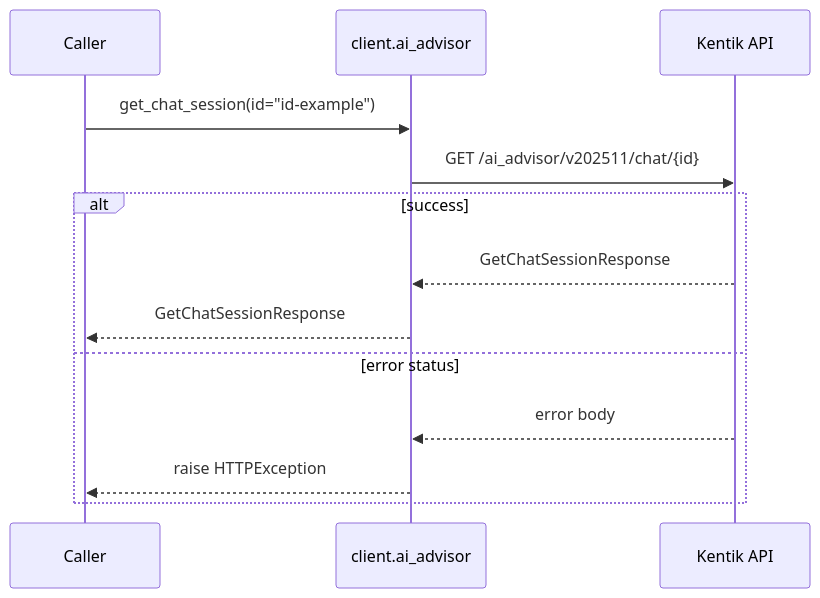
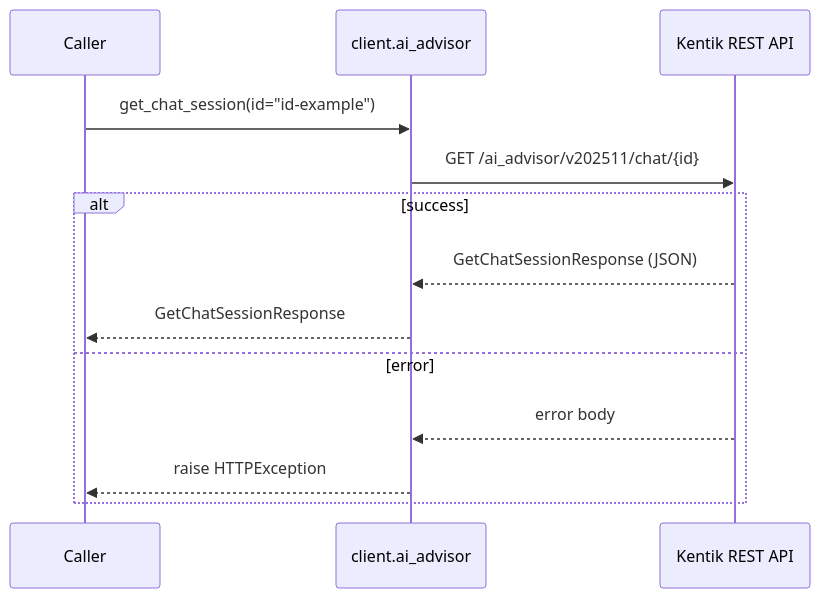
The sixth of 8 diagrams in docs/sphinx/services/ai_advisor.md (alexdearaujo/community_sdk_python), drawn with Mermaid before and after one commit. The commit also changed other lines of this file and 61 other files, not shown here.

````diff
--- a/docs/sphinx/services/ai_advisor.md
+++ b/docs/sphinx/services/ai_advisor.md
@@ -133,16 +185,16 @@
 ```mermaid
 sequenceDiagram
     participant C as Caller
     participant W as client.ai_advisor
-    participant API as Kentik API
+    participant API as Kentik REST API
 
     C->>W: get_chat_session(id="id-example")
     W->>API: GET /ai_advisor/v202511/chat/{id}
     alt success
-        API-->>W: GetChatSessionResponse
+        API-->>W: GetChatSessionResponse (JSON)
         W-->>C: GetChatSessionResponse
-    else error status
+    else error
         API-->>W: error body
         W-->>C: raise HTTPException
     end
 ```
````
